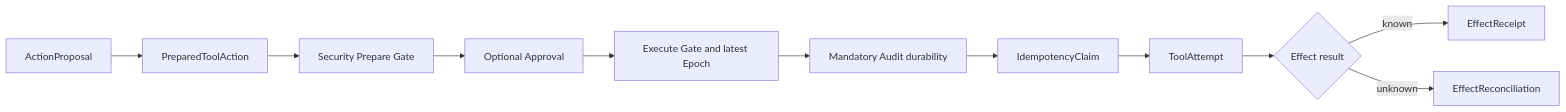
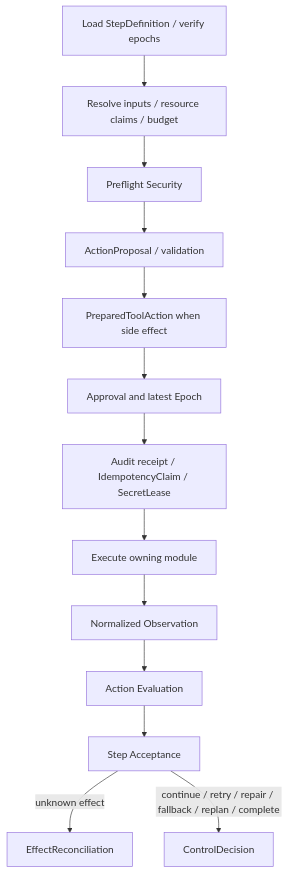
One commit to ProfessorZhi/Zuno changed the ninth of 30 diagrams in .agent/architecture/architecture-views.md. Above: the diagram before and after it, drawn with Mermaid. The commit also changed other lines of this file and 22 other files, not shown here.

Commit message:
docs: realign total architecture with canonical modules

````diff
--- a/.agent/architecture/architecture-views.md
+++ b/.agent/architecture/architecture-views.md
@@ -139,13 +154,15 @@
 ```mermaid
-flowchart LR
-  AP[ActionProposal] --> PREP[PreparedToolAction]
-  PREP --> SG[Security Prepare Gate]
-  SG --> APPROVAL[Optional Approval]
-  APPROVAL --> EXEC[Execute Gate and latest Epoch]
-  EXEC --> AUDIT[Mandatory Audit durability]
-  AUDIT --> CLAIM[IdempotencyClaim]
-  CLAIM --> ATT[ToolAttempt]
-  ATT --> EFFECT{Effect result}
-  EFFECT -->|known| RECEIPT[EffectReceipt]
-  EFFECT -->|unknown| REC[EffectReconciliation]
+flowchart TB
+  LOAD[Load StepDefinition / verify epochs] --> INPUT[Resolve inputs / resource claims / budget]
+  INPUT --> SEC[Preflight Security]
+  SEC --> PROPOSE[ActionProposal / validation]
+  PROPOSE --> PREP[PreparedToolAction when side effect]
+  PREP --> APPROVE[Approval and latest Epoch]
+  APPROVE --> CLAIM[Audit receipt / IdempotencyClaim / SecretLease]
+  CLAIM --> EXEC[Execute owning module]
+  EXEC --> OBS[Normalized Observation]
+  OBS --> EVAL[Action Evaluation]
+  EVAL --> ACCEPT[Step Acceptance]
+  ACCEPT -->|unknown effect| RECON[EffectReconciliation]
+  ACCEPT -->|continue / retry / repair / fallback / replan / complete| DECIDE[ControlDecision]
 ```
````
